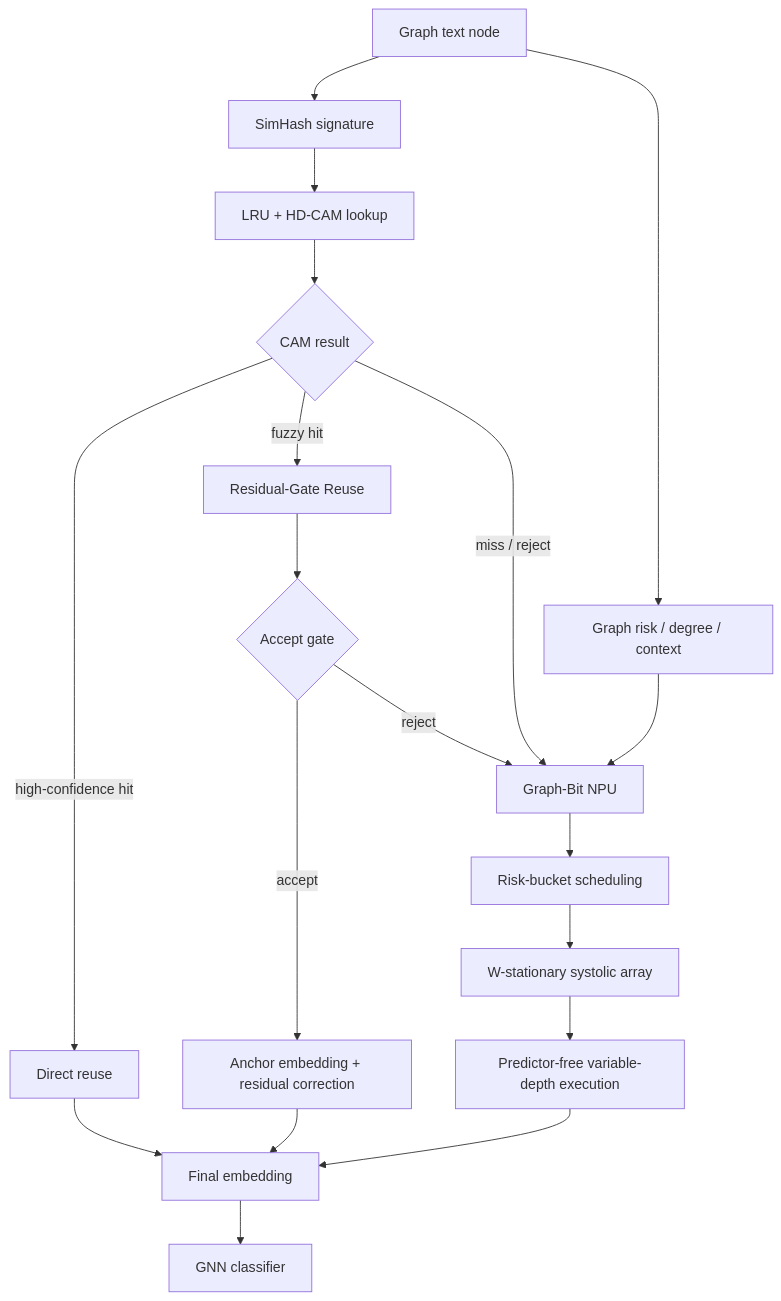
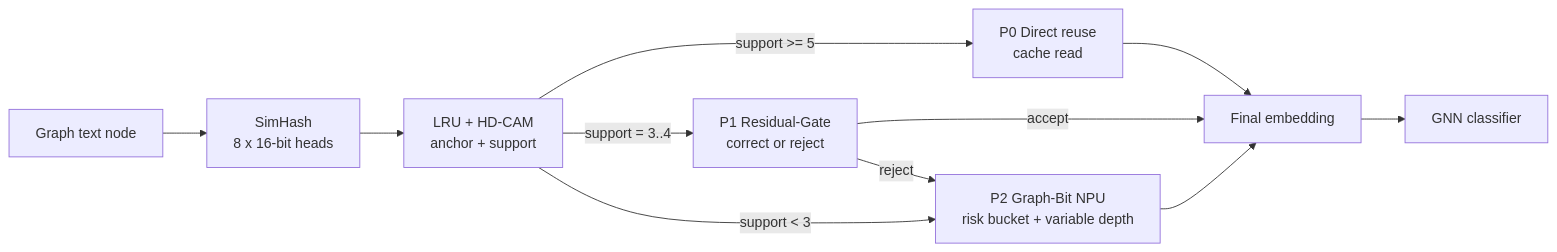
Before and after one commit to Zst0514/GraphhopSimhash: the diagram in docs/results/RESIDUAL_GATE_GRAPHBIT_NPU_PROGRESS.md, drawn with Mermaid.

Commit message:
docs: simplify residual graphbit overview diagram

````diff
--- a/docs/results/RESIDUAL_GATE_GRAPHBIT_NPU_PROGRESS.md
+++ b/docs/results/RESIDUAL_GATE_GRAPHBIT_NPU_PROGRESS.md
@@ -35,26 +35,15 @@
 ```mermaid
-flowchart TD
-    A[Graph text node] --> B[SimHash signature]
-    B --> C[LRU + HD-CAM lookup]
+flowchart LR
+    A[Graph text node] --> B[SimHash<br/>8 x 16-bit heads]
+    B --> C[LRU + HD-CAM<br/>anchor + support]
 
-    C --> D{CAM result}
-    D -->|high-confidence hit| E[Direct reuse]
-    D -->|fuzzy hit| F[Residual-Gate Reuse]
-    D -->|miss / reject| G[Graph-Bit NPU]
+    C -->|support >= 5| D[P0 Direct reuse<br/>cache read]
+    C -->|support = 3..4| E[P1 Residual-Gate<br/>correct or reject]
+    C -->|support < 3| F[P2 Graph-Bit NPU<br/>risk bucket + variable depth]
 
-    F --> H{Accept gate}
-    H -->|accept| I[Anchor embedding + residual correction]
-    H -->|reject| G
-
-    A --> J[Graph risk / degree / context]
-    J --> G
-
-    G --> K[Risk-bucket scheduling]
-    K --> L[W-stationary systolic array]
-    L --> M[Predictor-free variable-depth execution]
-
-    E --> N[Final embedding]
-    I --> N
-    M --> N
-    N --> O[GNN classifier]
+    E -->|accept| G[Final embedding]
+    E -->|reject| F
+    D --> G
+    F --> G
+    G --> H[GNN classifier]
 ```
````
